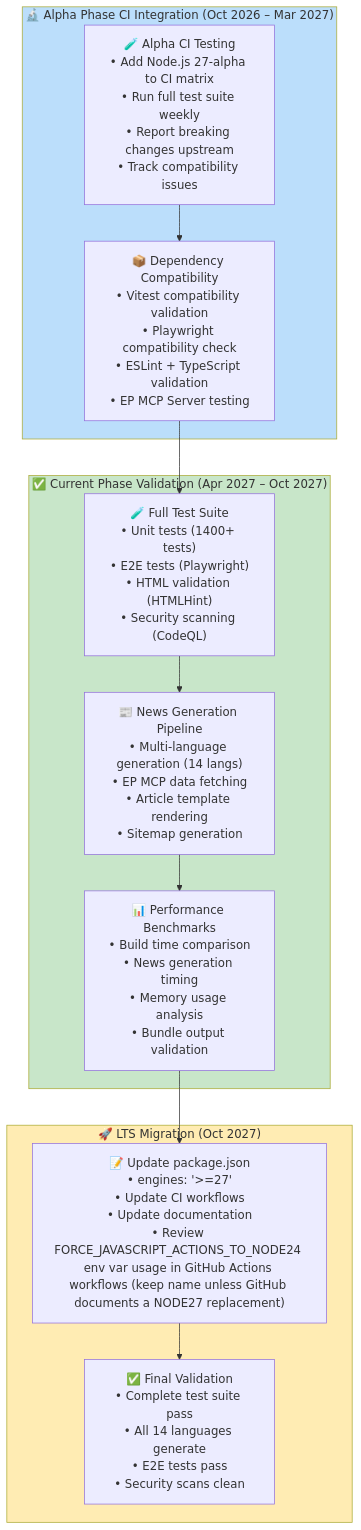
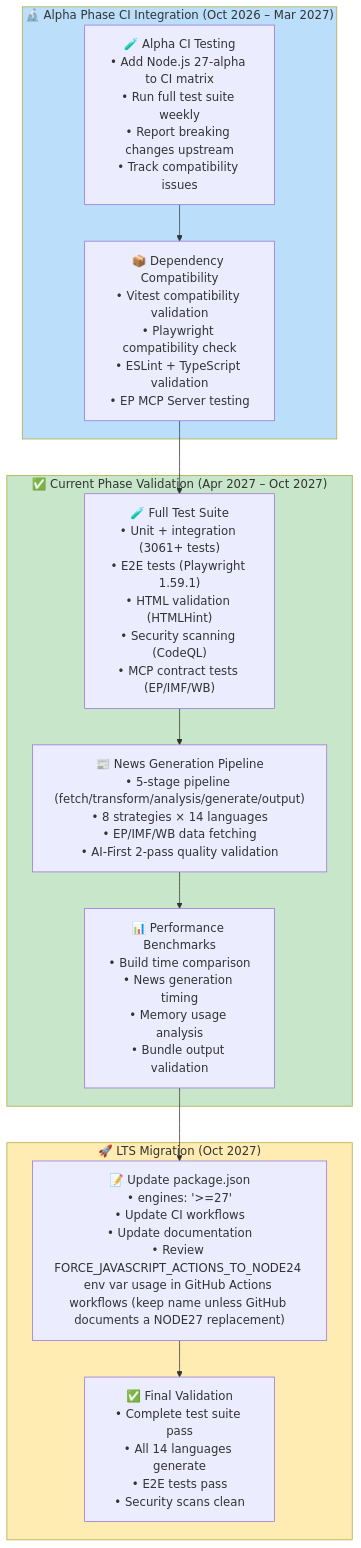
Before and after one commit to Hack23/euparliamentmonitor: the third of 6 diagrams in docs/api/media/End-of-Life-Strategy.md, drawn with Mermaid. The commit also changed other lines of this file and 1391 other files, not shown here.

````diff
--- a/docs/api/media/End-of-Life-Strategy.md
+++ b/docs/api/media/End-of-Life-Strategy.md
@@ -260,29 +287,29 @@
 ```mermaid
 flowchart TB
     subgraph ALPHA["🔬 Alpha Phase CI Integration (Oct 2026 – Mar 2027)"]
         ALPHA_CI["🧪 Alpha CI Testing<br/>• Add Node.js 27-alpha to CI matrix<br/>• Run full test suite weekly<br/>• Report breaking changes upstream<br/>• Track compatibility issues"]
         DEP_COMPAT["📦 Dependency Compatibility<br/>• Vitest compatibility validation<br/>• Playwright compatibility check<br/>• ESLint + TypeScript validation<br/>• EP MCP Server testing"]
     end
 
     subgraph CURRENT["✅ Current Phase Validation (Apr 2027 – Oct 2027)"]
-        FULL_TEST["🧪 Full Test Suite<br/>• Unit tests (1400+ tests)<br/>• E2E tests (Playwright)<br/>• HTML validation (HTMLHint)<br/>• Security scanning (CodeQL)"]
-        NEWS_GEN["📰 News Generation Pipeline<br/>• Multi-language generation (14 langs)<br/>• EP MCP data fetching<br/>• Article template rendering<br/>• Sitemap generation"]
+        FULL_TEST["🧪 Full Test Suite<br/>• Unit + integration (3061+ tests)<br/>• E2E tests (Playwright 1.59.1)<br/>• HTML validation (HTMLHint)<br/>• Security scanning (CodeQL)<br/>• MCP contract tests (EP/IMF/WB)"]
+        NEWS_GEN["📰 News Generation Pipeline<br/>• 5-stage pipeline (fetch/transform/analysis/generate/output)<br/>• 8 strategies × 14 languages<br/>• EP/IMF/WB data fetching<br/>• AI-First 2-pass quality validation"]
         PERF_BENCH["📊 Performance Benchmarks<br/>• Build time comparison<br/>• News generation timing<br/>• Memory usage analysis<br/>• Bundle output validation"]
     end
 
     subgraph MIGRATION["🚀 LTS Migration (Oct 2027)"]
         UPDATE_ENGINES["📝 Update package.json<br/>• engines: '>=27'<br/>• Update CI workflows<br/>• Update documentation<br/>• Review FORCE_JAVASCRIPT_ACTIONS_TO_NODE24 env var usage in GitHub Actions workflows (keep name unless GitHub documents a NODE27 replacement)"]
         FINAL_VALIDATION["✅ Final Validation<br/>• Complete test suite pass<br/>• All 14 languages generate<br/>• E2E tests pass<br/>• Security scans clean"]
     end
 
     ALPHA_CI --> DEP_COMPAT
     DEP_COMPAT --> FULL_TEST
     FULL_TEST --> NEWS_GEN
     NEWS_GEN --> PERF_BENCH
     PERF_BENCH --> UPDATE_ENGINES
     UPDATE_ENGINES --> FINAL_VALIDATION
 
     style ALPHA fill:#bbdefb
     style CURRENT fill:#c8e6c9
     style MIGRATION fill:#ffecb3
 ```
````
